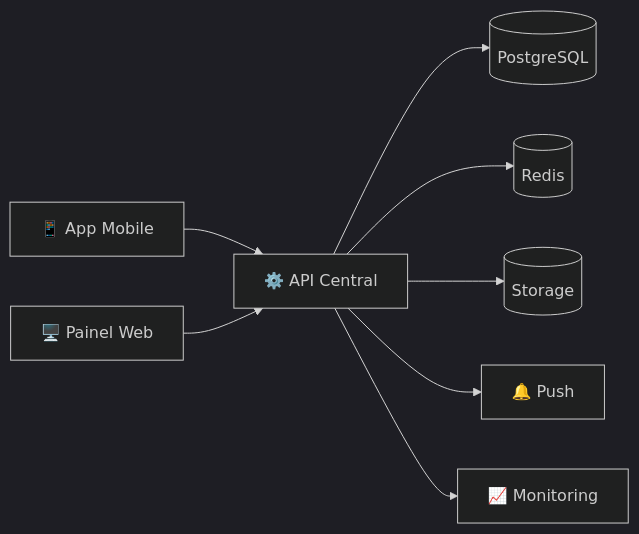
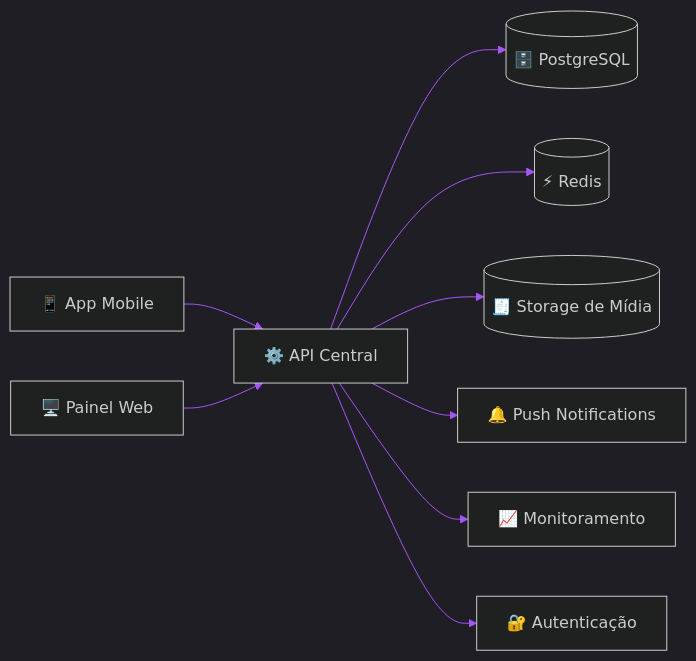
One commit to matheusdiamantino-betalent/questions-ai changed the second of 13 diagrams in test.md. Above: the diagram before and after it, drawn with Mermaid. The commit also changed other lines of this file, not shown here.

````diff
--- a/test.md
+++ b/test.md
@@ -69,11 +217,25 @@
 ```mermaid
-%%{init: {'theme':'dark'}}%%
+%%{init: {
+  'theme': 'dark',
+  'themeVariables': {
+    'background': '#030712',
+    'primaryColor': '#00E5FF',
+    'primaryBorderColor': '#22D3EE',
+    'primaryTextColor': '#ECFEFF',
+    'lineColor': '#A855F7',
+    'secondaryColor': '#0F172A',
+    'secondaryTextColor': '#ECFEFF',
+    'tertiaryColor': '#111827',
+    'tertiaryTextColor': '#ECFEFF'
+  }
+}}%%
 flowchart LR
 A[📱 App Mobile] --> B[⚙️ API Central]
 C[🖥️ Painel Web] --> B
-B --> D[(PostgreSQL)]
-B --> E[(Redis)]
-B --> F[(Storage)]
-B --> G[🔔 Push]
-B --> H[📈 Monitoring]
+B --> D[(🗄️ PostgreSQL)]
+B --> E[(⚡ Redis)]
+B --> F[(🧾 Storage de Mídia)]
+B --> G[🔔 Push Notifications]
+B --> H[📈 Monitoramento]
+B --> I[🔐 Autenticação]
 ```
````
